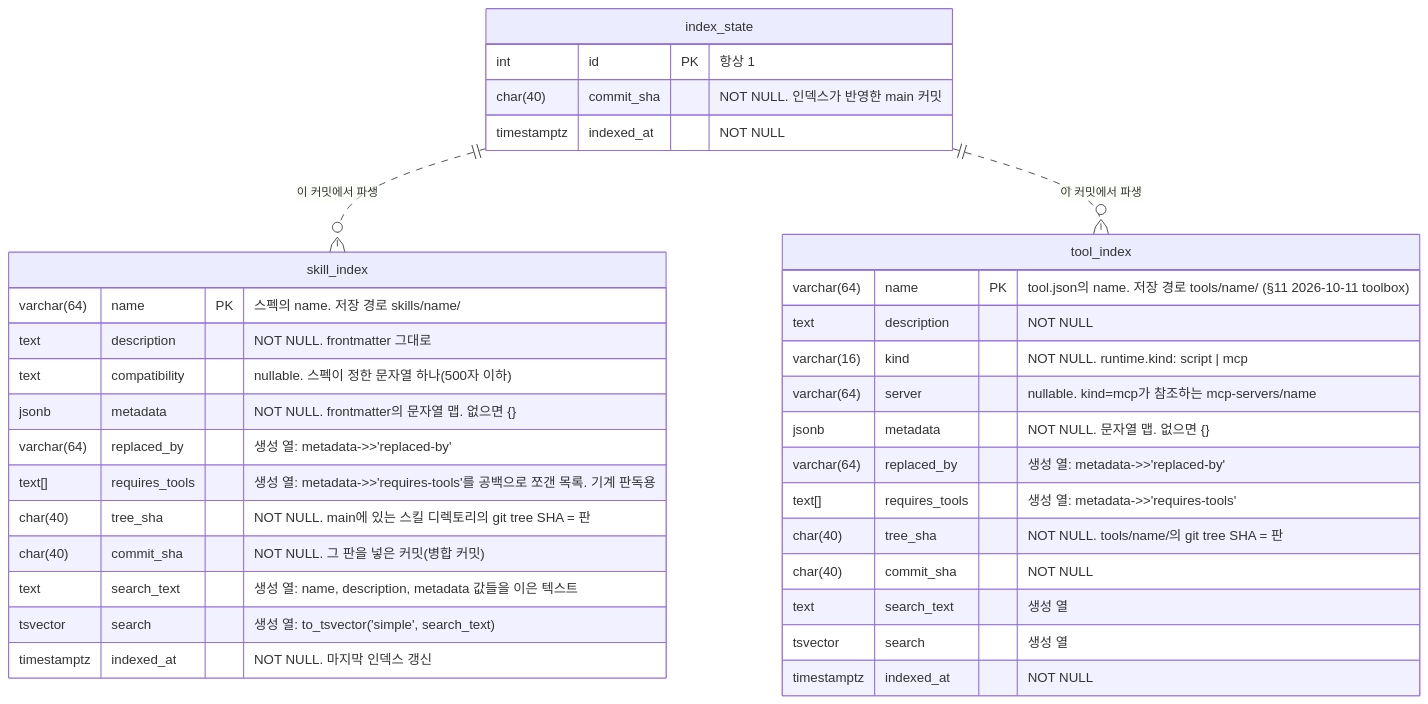
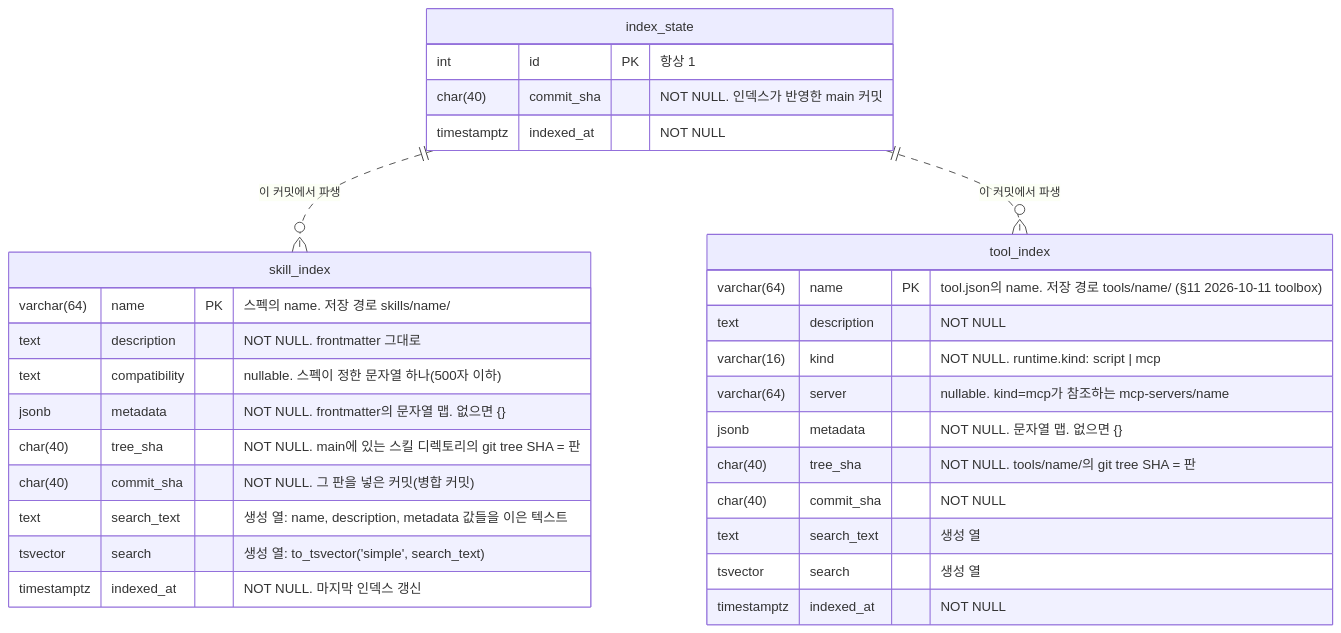
One commit to alteralab/harness-catalog changed the third of 4 diagrams in DESIGN.md. Above: the diagram before and after it, drawn with Mermaid. The commit also changed other lines of this file and 37 other files, not shown here.

````diff
--- a/DESIGN.md
+++ b/DESIGN.md
@@ -213,37 +213,33 @@
 ```mermaid
 erDiagram
     skill_index {
         varchar(64) name PK "스펙의 name. 저장 경로 skills/name/"
         text description "NOT NULL. frontmatter 그대로"
         text compatibility "nullable. 스펙이 정한 문자열 하나(500자 이하)"
         jsonb metadata "NOT NULL. frontmatter의 문자열 맵. 없으면 {}"
-        varchar(64) replaced_by "생성 열: metadata->>'replaced-by'"
-        text[] requires_tools "생성 열: metadata->>'requires-tools'를 공백으로 쪼갠 목록. 기계 판독용"
         char(40) tree_sha "NOT NULL. main에 있는 스킬 디렉토리의 git tree SHA = 판"
         char(40) commit_sha "NOT NULL. 그 판을 넣은 커밋(병합 커밋)"
         text search_text "생성 열: name, description, metadata 값들을 이은 텍스트"
         tsvector search "생성 열: to_tsvector('simple', search_text)"
         timestamptz indexed_at "NOT NULL. 마지막 인덱스 갱신"
     }
     tool_index {
         varchar(64) name PK "tool.json의 name. 저장 경로 tools/name/ (§11 2026-10-11 toolbox)"
         text description "NOT NULL"
         varchar(16) kind "NOT NULL. runtime.kind: script | mcp"
         varchar(64) server "nullable. kind=mcp가 참조하는 mcp-servers/name"
         jsonb metadata "NOT NULL. 문자열 맵. 없으면 {}"
-        varchar(64) replaced_by "생성 열: metadata->>'replaced-by'"
-        text[] requires_tools "생성 열: metadata->>'requires-tools'"
         char(40) tree_sha "NOT NULL. tools/name/의 git tree SHA = 판"
         char(40) commit_sha "NOT NULL"
         text search_text "생성 열"
         tsvector search "생성 열"
         timestamptz indexed_at "NOT NULL"
     }
     index_state {
         int id PK "항상 1"
         char(40) commit_sha "NOT NULL. 인덱스가 반영한 main 커밋"
         timestamptz indexed_at "NOT NULL"
     }
     index_state ||..o{ skill_index : "이 커밋에서 파생"
     index_state ||..o{ tool_index : "이 커밋에서 파생"
 ```
````
